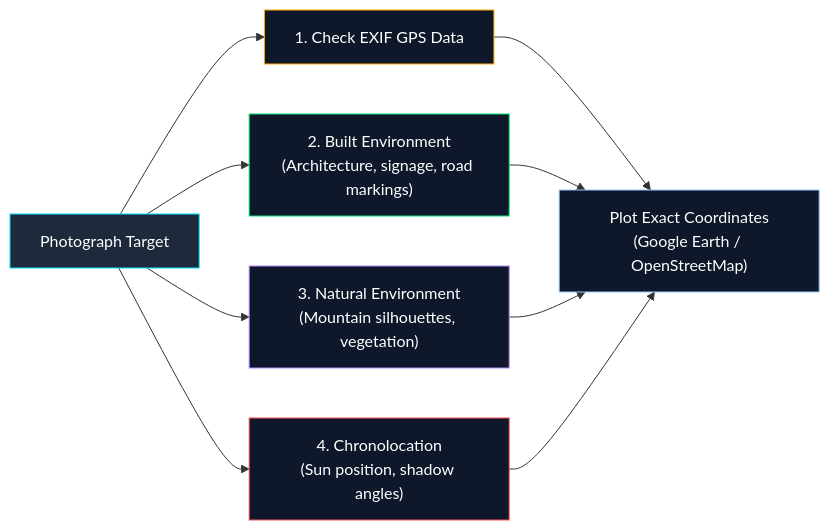
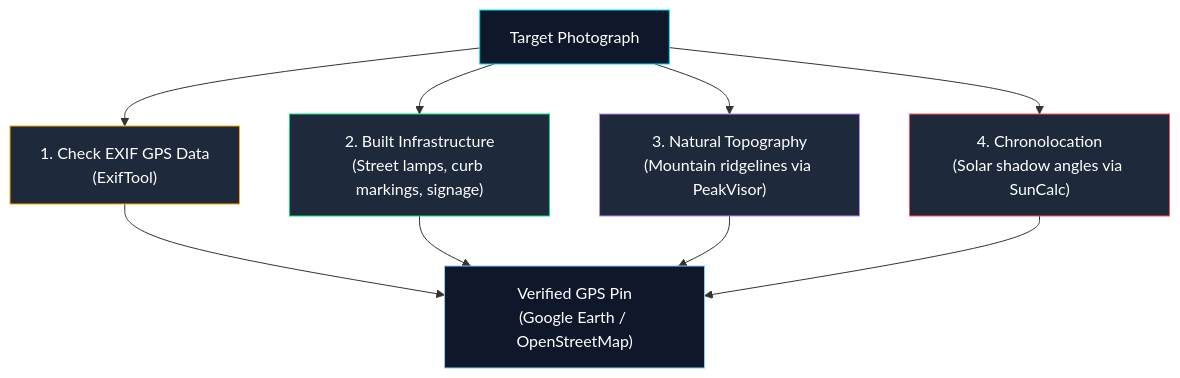
Before and after one commit to sivaoffl04/Cyber-Blog: the ninth of 16 diagrams in OSINT/Over all OSINT/OSINT_Complete_Framework_and_Investigation_Guide.md, drawn with Mermaid. The commit also changed other lines of this file and 1 other file, not shown here.

````diff
--- a/OSINT/Over all OSINT/OSINT_Complete_Framework_and_Investigation_Guide.md
+++ b/OSINT/Over all OSINT/OSINT_Complete_Framework_and_Investigation_Guide.md
@@ -608,19 +1106,24 @@
 ```mermaid
-flowchart LR
-    IMG["Photograph Target"] --> EX["1. Check EXIF GPS Data"]
-    IMG --> BD["2. Built Environment\n(Architecture, signage, road markings)"]
-    IMG --> NAT["3. Natural Environment\n(Mountain silhouettes, vegetation)"]
-    IMG --> SUN["4. Chronolocation\n(Sun position, shadow angles)"]
-    
-    EX --> MAP["Plot Exact Coordinates\n(Google Earth / OpenStreetMap)"]
-    BD --> MAP
-    NAT --> MAP
-    SUN --> MAP
+flowchart TD
+    IMG["Target Photograph"] --> EX["1. Check EXIF GPS Data
+(ExifTool)"]
+    IMG --> BUILT["2. Built Infrastructure
+(Street lamps, curb markings, signage)"]
+    IMG --> NAT["3. Natural Topography
+(Mountain ridgelines via PeakVisor)"]
+    IMG --> TIME["4. Chronolocation
+(Solar shadow angles via SunCalc)"]
 
-    style IMG fill:#1e293b,stroke:#00e5ff,color:#fff
-    style EX fill:#0f172a,stroke:#ffab00,color:#fff
-    style BD fill:#0f172a,stroke:#00e676,color:#fff
-    style NAT fill:#0f172a,stroke:#b388ff,color:#fff
-    style SUN fill:#0f172a,stroke:#ff5252,color:#fff
-    style MAP fill:#0f172a,stroke:#90caf9,color:#fff
+    EX --> LOC["Verified GPS Pin
+(Google Earth / OpenStreetMap)"]
+    BUILT --> LOC
+    NAT --> LOC
+    TIME --> LOC
+
+    style IMG fill:#0f172a,stroke:#00e5ff,color:#fff
+    style EX fill:#1e293b,stroke:#ffab00,color:#fff
+    style BUILT fill:#1e293b,stroke:#00e676,color:#fff
+    style NAT fill:#1e293b,stroke:#b388ff,color:#fff
+    style TIME fill:#1e293b,stroke:#ff5252,color:#fff
+    style LOC fill:#0f172a,stroke:#90caf9,color:#fff
 ```
````
